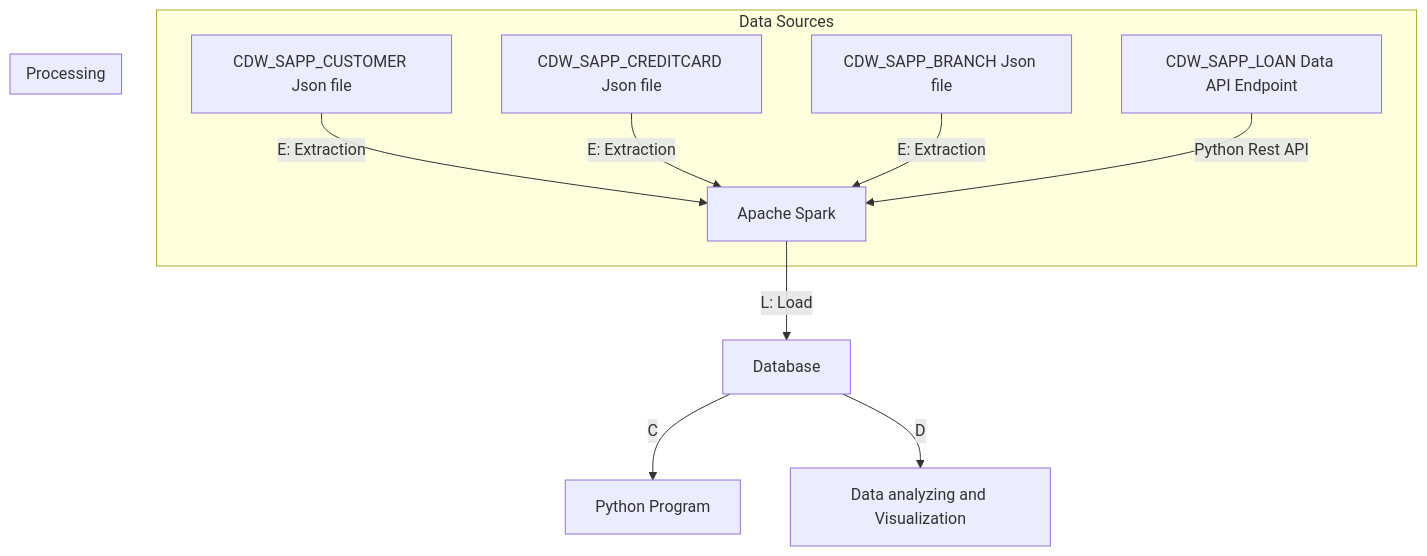
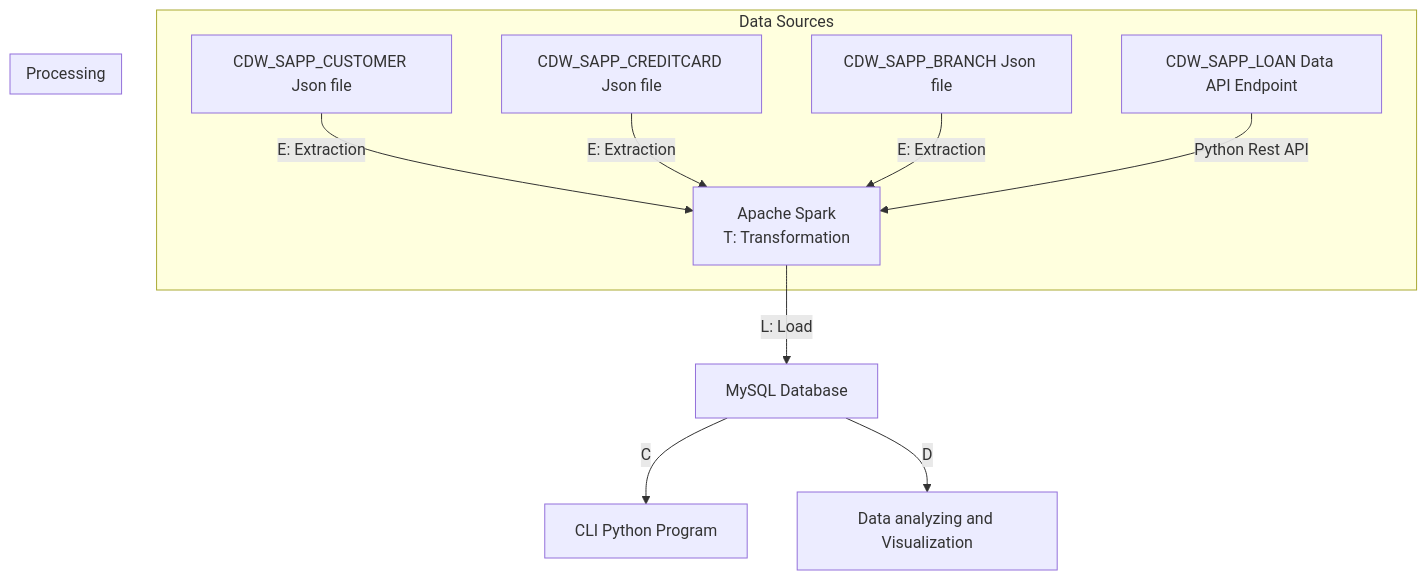
One commit to LarryChenCode/LoanAndCreditCard_ETL_Capstone changed the diagram in README.md. Above: the diagram before and after it, drawn with Mermaid.

````diff
--- a/README.md
+++ b/README.md
@@ -41,17 +41,18 @@
 ```mermaid
 graph TB
   subgraph "Data Sources"
     A[CDW_SAPP_CUSTOMER Json file] -->|E: Extraction| B
     C[CDW_SAPP_CREDITCARD Json file] -->|E: Extraction| B
     D[CDW_SAPP_BRANCH Json file] -->|E: Extraction| B
     E[CDW_SAPP_LOAN Data API Endpoint] -->|Python Rest API| B
   end
   
   subgraph "Processing"
-    B[Apache Spark]
+    B[Apache Spark
+    T: Transformation]
   end
   
-  B -->|L: Load| F[Database]
-  F -->|C| G[Python Program]
+  B -->|L: Load| F[MySQL Database]
+  F -->|C| G[CLI Python Program]
   F -->|D| H[Data analyzing and Visualization]
 ```
````
